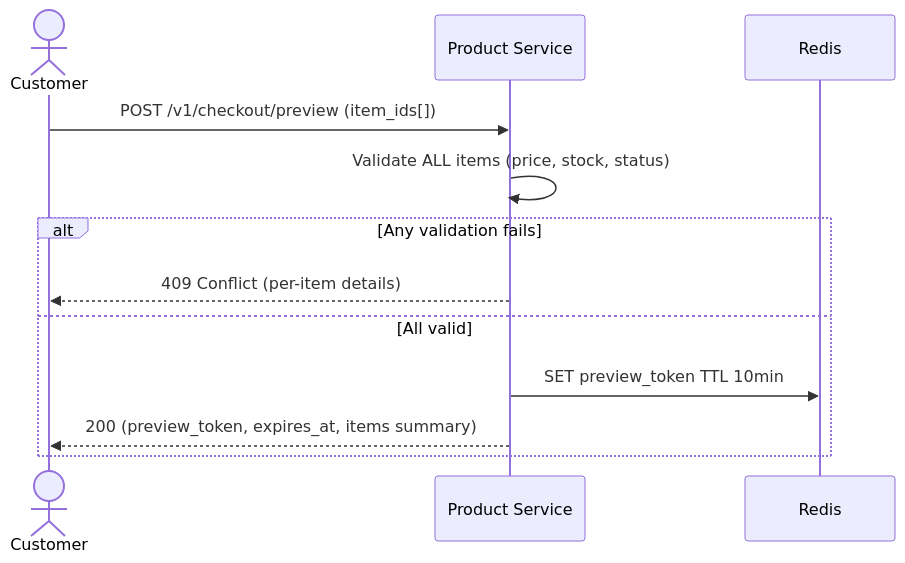
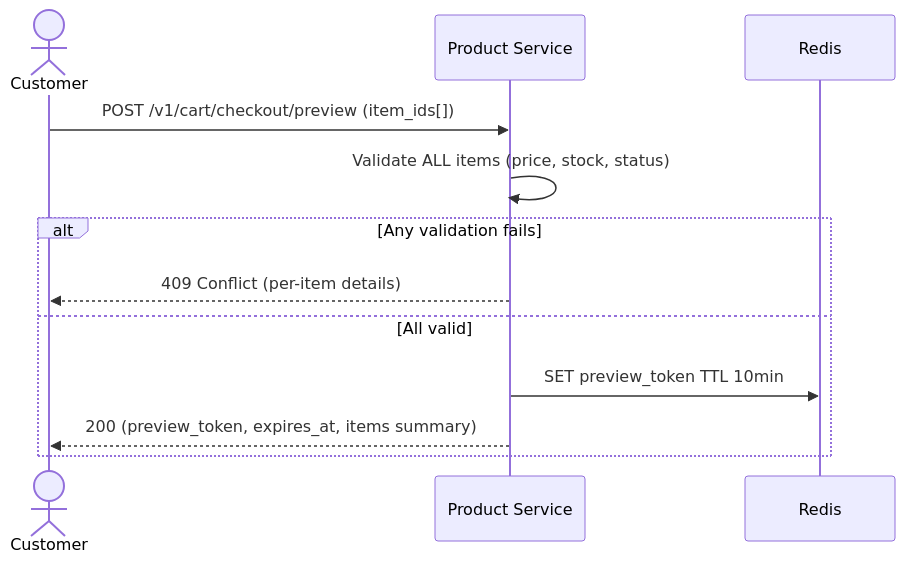
Before and after one commit to ldqanh1408/stealing-from-paradise: the eighth of 14 diagrams in documents/overview/FLOWS.md, drawn with Mermaid. The commit also changed other lines of this file and 225 other files, not shown here.

````diff
--- a/documents/overview/FLOWS.md
+++ b/documents/overview/FLOWS.md
@@ -163,15 +163,15 @@
 ```mermaid
 sequenceDiagram
     actor Customer
     participant PS as Product Service
     participant Redis
 
-    Customer->>PS: POST /v1/checkout/preview (item_ids[])
+    Customer->>PS: POST /v1/cart/checkout/preview (item_ids[])
     PS->>PS: Validate ALL items (price, stock, status)
     alt Any validation fails
         PS-->>Customer: 409 Conflict (per-item details)
     else All valid
         PS->>Redis: SET preview_token TTL 10min
         PS-->>Customer: 200 (preview_token, expires_at, items summary)
     end
 ```
````
